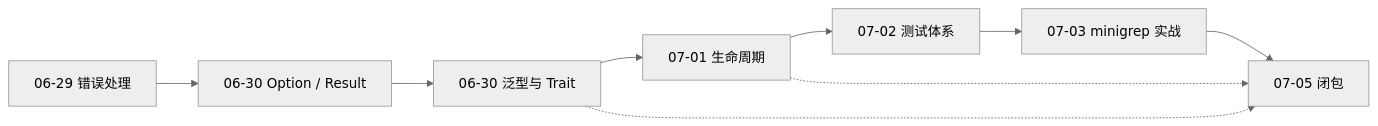
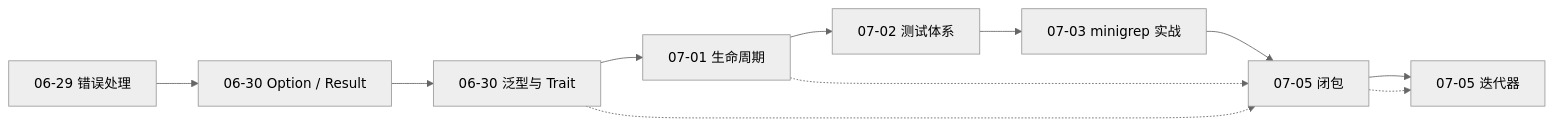
One commit to lliusshijjie/Rust_xmind changed the diagram in README.md. Above: the diagram before and after it, drawn with Mermaid (neutral theme). The commit also changed other lines of this file and 1 other file, not shown here.

Commit message:
Add iterator notes, rename xmind to English, update README knowledge graph.

````diff
--- a/README.md
+++ b/README.md
@@ -7,12 +7,14 @@
 ```mermaid
 graph LR
     A["06-29 错误处理"] --> B["06-30 Option / Result"]
     B --> C["06-30 泛型与 Trait"]
     C --> D["07-01 生命周期"]
     D --> E["07-02 测试体系"]
     E --> F["07-03 minigrep 实战"]
     F --> G["07-05 闭包"]
+    G --> H["07-05 迭代器"]
 
     C -.-> G
     D -.-> G
+    G -.-> H
 ```
````
